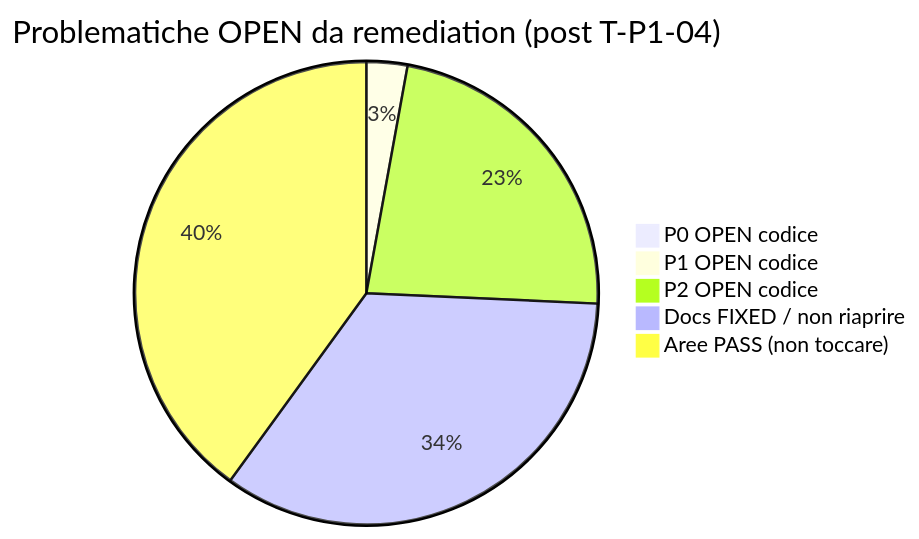
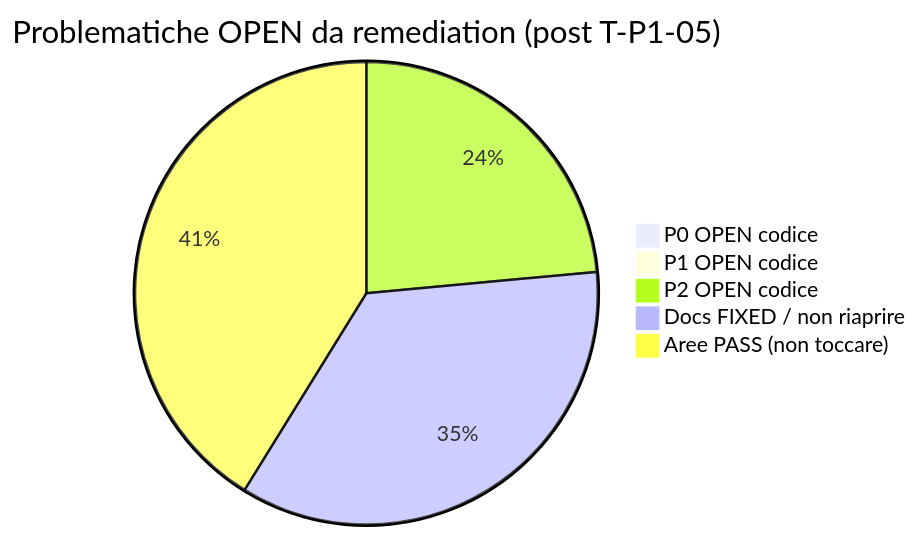
One commit to JiraaG/Intelligence-Dashboard changed the second of 2 diagrams in plan-audit/audit_problemi_documentazione.md. Above: the diagram before and after it, drawn with Mermaid. The commit also changed other lines of this file and 14 other files, not shown here.

````diff
--- a/plan-audit/audit_problemi_documentazione.md
+++ b/plan-audit/audit_problemi_documentazione.md
@@ -144,8 +144,8 @@
 ```mermaid
-pie title Problematiche OPEN da remediation (post T-P1-04)
+pie title Problematiche OPEN da remediation (post T-P1-05)
     "P0 OPEN codice" : 0
-    "P1 OPEN codice" : 1
+    "P1 OPEN codice" : 0
     "P2 OPEN codice" : 8
     "Docs FIXED / non riaprire" : 12
     "Aree PASS (non toccare)" : 14
 ```
````
